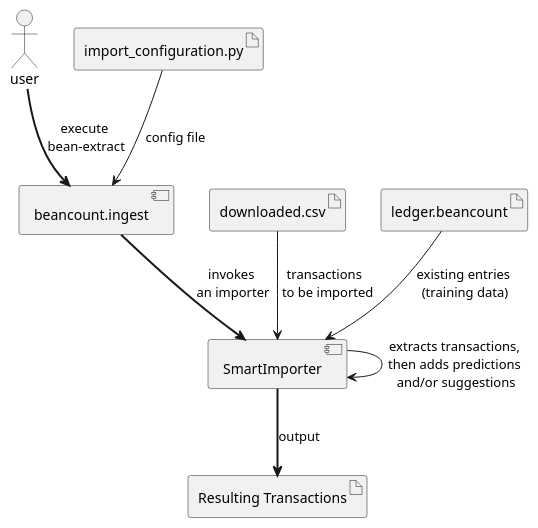
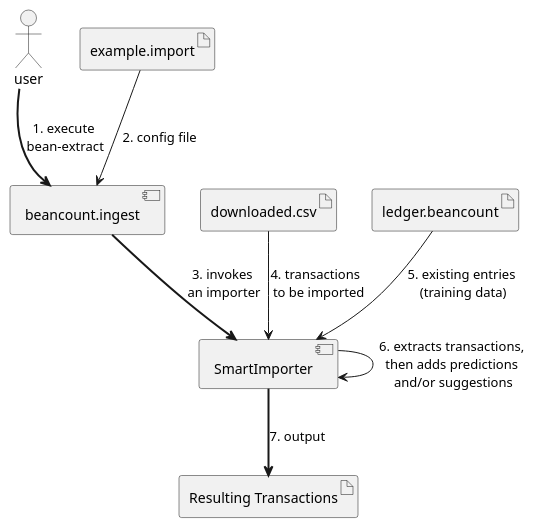
One commit to beancount/smart_importer changed the diagram in docs/system-overview.puml. Above: the diagram before and after it, drawn with PlantUML. The commit also changed other lines of this file and 4 other files, not shown here.

Commit message:
refs #42 rename import_configuration.py into example.import and recommends "bean-extract -f existing_transactions.beancount" instead of an explicit definition of the training data.

```diff
--- a/docs/system-overview.puml
+++ b/docs/system-overview.puml
@@ -1,19 +1,19 @@
 @startuml
 
 actor user
-artifact import_configuration.py
+artifact example.import
 component beancount.ingest
 component SmartImporter
 
 artifact downloaded.csv
 artifact ledger.beancount
 artifact "Resulting Transactions" as output
 
-user ==> beancount.ingest: execute \nbean-extract
-import_configuration.py --> beancount.ingest: config file
-beancount.ingest ==> SmartImporter: invokes \nan importer
-downloaded.csv --> SmartImporter: transactions \n to be imported
-ledger.beancount --> SmartImporter: existing entries \n(training data)
-SmartImporter --> SmartImporter: extracts transactions, \nthen adds predictions \nand/or suggestions
-SmartImporter ==> output: output
+user ==> beancount.ingest: 1. execute \nbean-extract
+example.import --> beancount.ingest: 2. config file
+beancount.ingest ==> SmartImporter: 3. invokes \nan importer
+downloaded.csv --> SmartImporter: 4. transactions \n to be imported
+ledger.beancount --> SmartImporter: 5. existing entries \n(training data)
+SmartImporter --> SmartImporter: 6. extracts transactions, \nthen adds predictions \nand/or suggestions
+SmartImporter ==> output: 7. output
 @enduml
```
